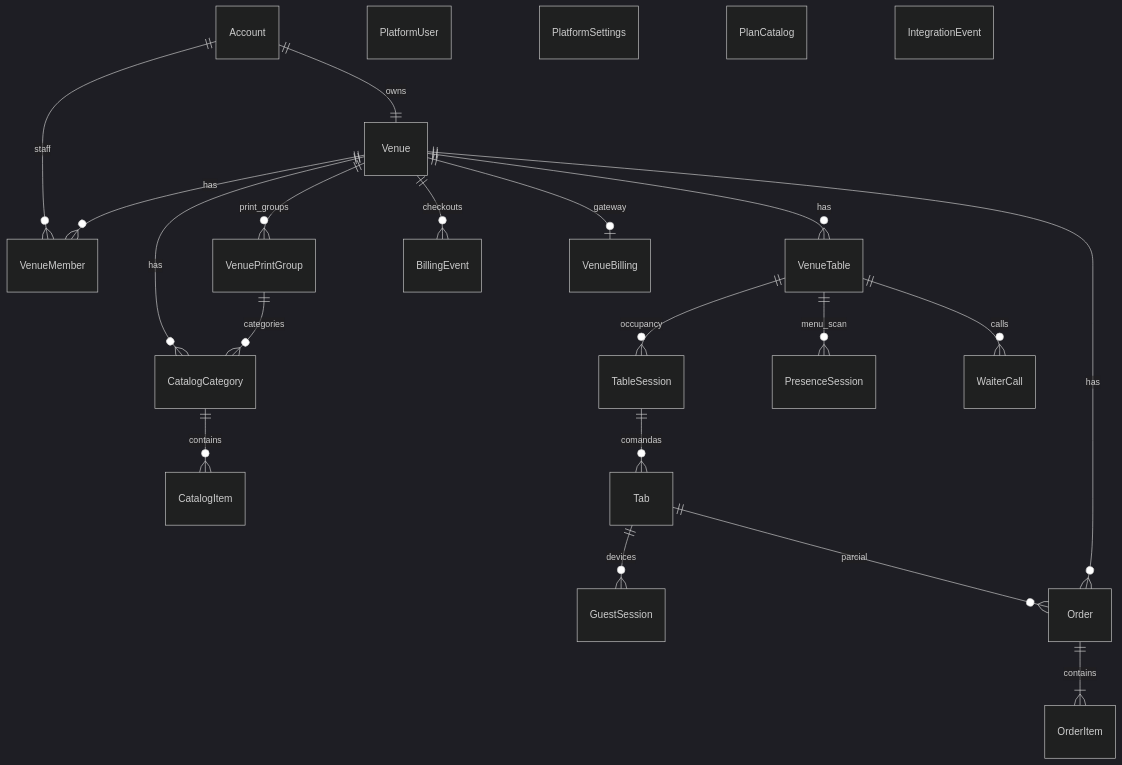
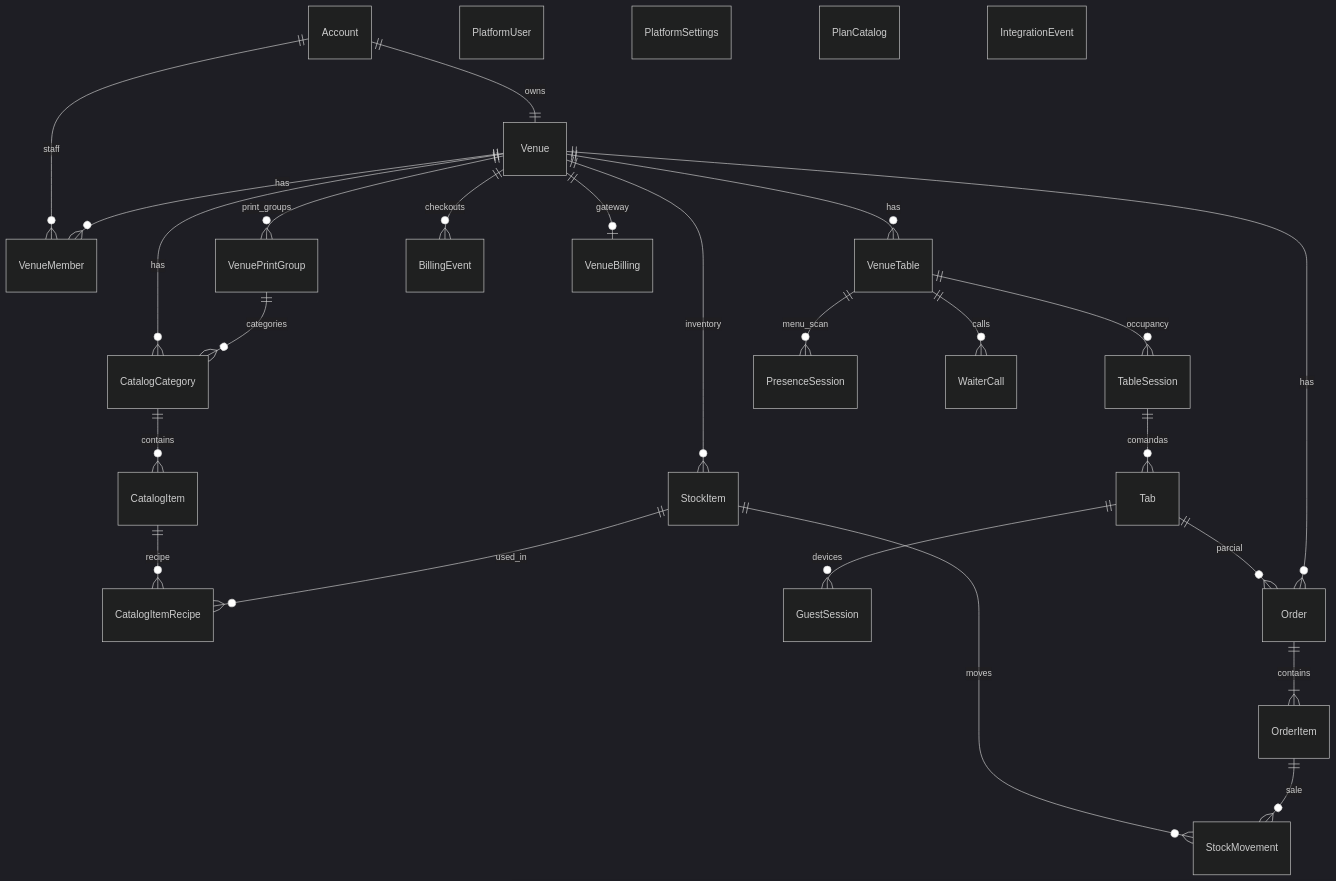
Before and after one commit to filiperamosds/eaimesa-frontend: the diagram in docs/data/schema.md, drawn with Mermaid (dark theme). The commit also changed other lines of this file and 21 other files, not shown here.

````diff
--- a/docs/data/schema.md
+++ b/docs/data/schema.md
@@ -274,25 +303,30 @@
 ```mermaid
 erDiagram
   Account ||--|| Venue : owns
   Account ||--o{ VenueMember : staff
   Venue ||--o{ VenueMember : has
   Venue ||--o{ CatalogCategory : has
   Venue ||--o{ VenuePrintGroup : print_groups
   VenuePrintGroup ||--o{ CatalogCategory : categories
   CatalogCategory ||--o{ CatalogItem : contains
+  CatalogItem ||--o{ CatalogItemRecipe : recipe
+  Venue ||--o{ StockItem : inventory
+  StockItem ||--o{ CatalogItemRecipe : used_in
+  StockItem ||--o{ StockMovement : moves
+  OrderItem ||--o{ StockMovement : sale
   Venue ||--o{ VenueTable : has
   VenueTable ||--o{ TableSession : occupancy
   VenueTable ||--o{ PresenceSession : menu_scan
   VenueTable ||--o{ WaiterCall : calls
   TableSession ||--o{ Tab : comandas
   Tab ||--o{ GuestSession : devices
   Tab ||--o{ Order : parcial
   Venue ||--o{ Order : has
   Venue ||--o{ BillingEvent : checkouts
   Venue ||--o| VenueBilling : gateway
   Order ||--|{ OrderItem : contains
   PlatformUser
   PlatformSettings
   PlanCatalog
   IntegrationEvent
 ```
````
